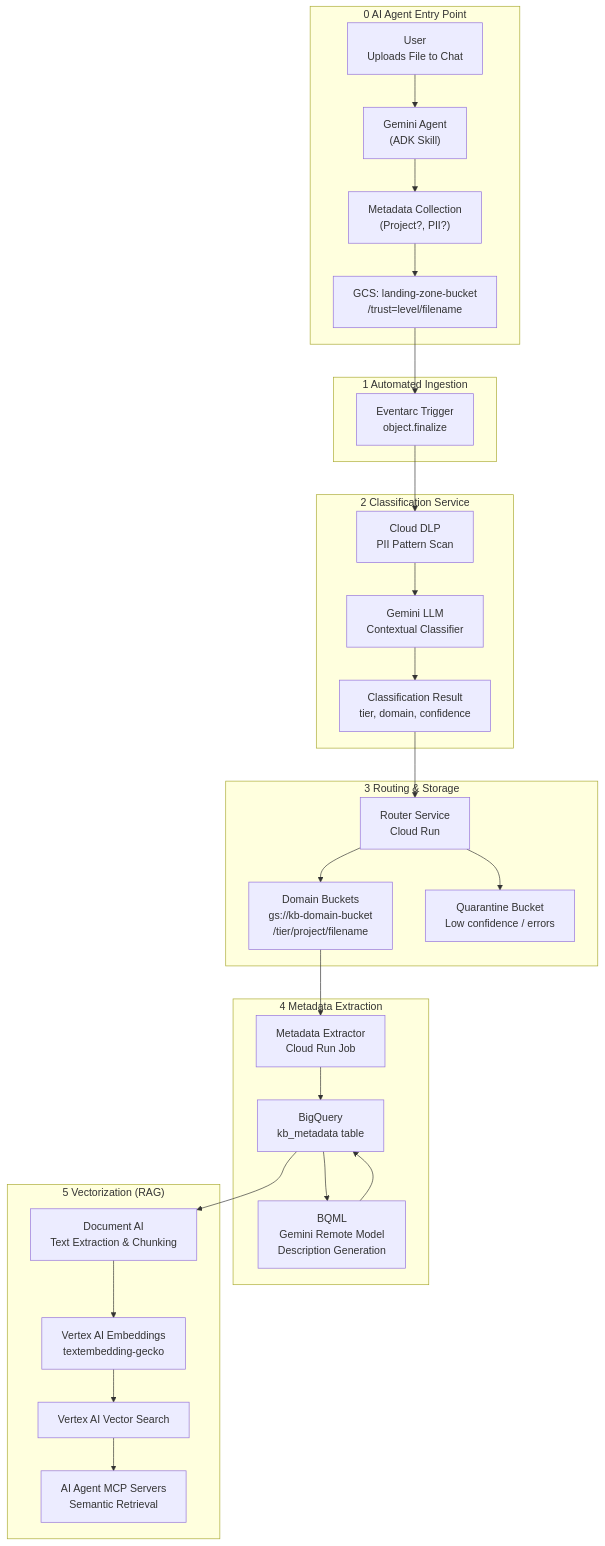
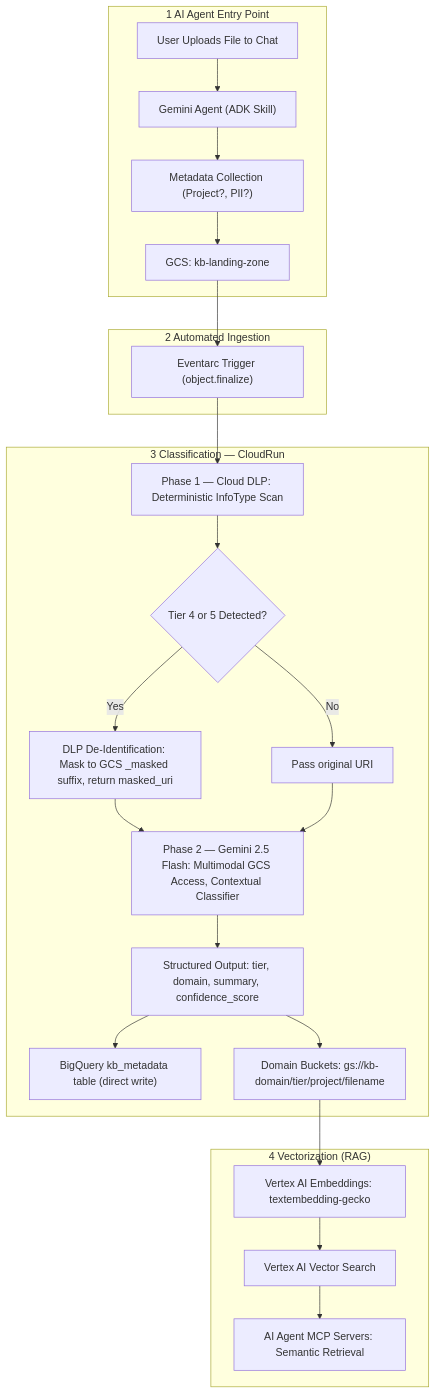
The diagram in docs/Data-Pipelines/Enterprise-Knowledge-Base/Design.md (eamadorm-endava/Research-Agent), drawn with Mermaid before and after one commit. The commit also changed other lines of this file, not shown here.

Commit message:
Update the Pipeline Architecture Design of the Enterprise Knowledge Base

````diff
--- a/docs/Data-Pipelines/Enterprise-Knowledge-Base/Design.md
+++ b/docs/Data-Pipelines/Enterprise-Knowledge-Base/Design.md
@@ -26,38 +27,30 @@
 ```mermaid
 flowchart TD
-    subgraph AGENT["0 AI Agent Entry Point"]
-        Z["User\nUploads File to Chat"] --> Y["Gemini Agent\n(ADK Skill)"]
-        Y --> X["Metadata Collection\n(Project?, PII?)"]
-        X --> B["GCS: landing-zone-bucket\n/trust=level/filename"]
+    subgraph AGENT["1 AI Agent Entry Point"]
+        Z["User Uploads File to Chat"] --> Y["Gemini Agent (ADK Skill)"]
+        Y --> X["Metadata Collection (Project?, PII?)"]
+        X --> B["GCS: kb-landing-zone"]
     end
 
-    subgraph INGEST["1 Automated Ingestion"]
-        B --> C["Eventarc Trigger\nobject.finalize"]
+    subgraph INGEST["2 Automated Ingestion"]
+        B --> C["Eventarc Trigger (object.finalize)"]
     end
 
-    subgraph CLASSIFY["2 Classification Service"]
-        C --> D["Cloud DLP\nPII Pattern Scan"]
-        D --> E["Gemini LLM\nContextual Classifier"]
-        E --> F["Classification Result\ntier, domain, confidence"]
+    subgraph CLASSIFY["3 Classification — CloudRun"]
+        C --> D["Phase 1 — Cloud DLP: Deterministic InfoType Scan"]
+        D --> DG{"Tier 4 or 5 Detected?"}
+        DG -- Yes --> DM["DLP De-Identification: Mask to GCS _masked suffix, return masked_uri"]
+        DG -- No --> DP["Pass original URI"]
+        DM --> E["Phase 2 — Gemini 2.5 Flash: Multimodal GCS Access, Contextual Classifier"]
+        DP --> E
+        E --> F["Structured Output: tier, domain, summary, confidence_score"]
+        F --> K["BigQuery kb_metadata table (direct write)"]
+        F --> H["Domain Buckets: gs://kb-domain/tier/project/filename"]
     end
 
-    subgraph ROUTE["3 Routing & Storage"]
-        F --> G["Router Service\nCloud Run"]
-        G --> H["Domain Buckets\ngs://kb-domain-bucket\n/tier/project/filename"]
-        G --> I["Quarantine Bucket\nLow confidence / errors"]
-    end
-
-    subgraph META["4 Metadata Extraction"]
-        H --> J["Metadata Extractor\nCloud Run Job"]
-        J --> K["BigQuery\nkb_metadata table"]
-        K --> L["BQML\nGemini Remote Model\nDescription Generation"]
-        L --> K
-    end
-
-    subgraph VECTOR["5 Vectorization (RAG)"]
-        K --> M["Document AI\nText Extraction & Chunking"]
-        M --> N["Vertex AI Embeddings\ntextembedding-gecko"]
+    subgraph VECTOR["4 Vectorization (RAG)"]
+        H --> N["Vertex AI Embeddings: textembedding-gecko"]
         N --> O["Vertex AI Vector Search"]
-        O --> P["AI Agent MCP Servers\nSemantic Retrieval"]
+        O --> P["AI Agent MCP Servers: Semantic Retrieval"]
     end
 ```
````
